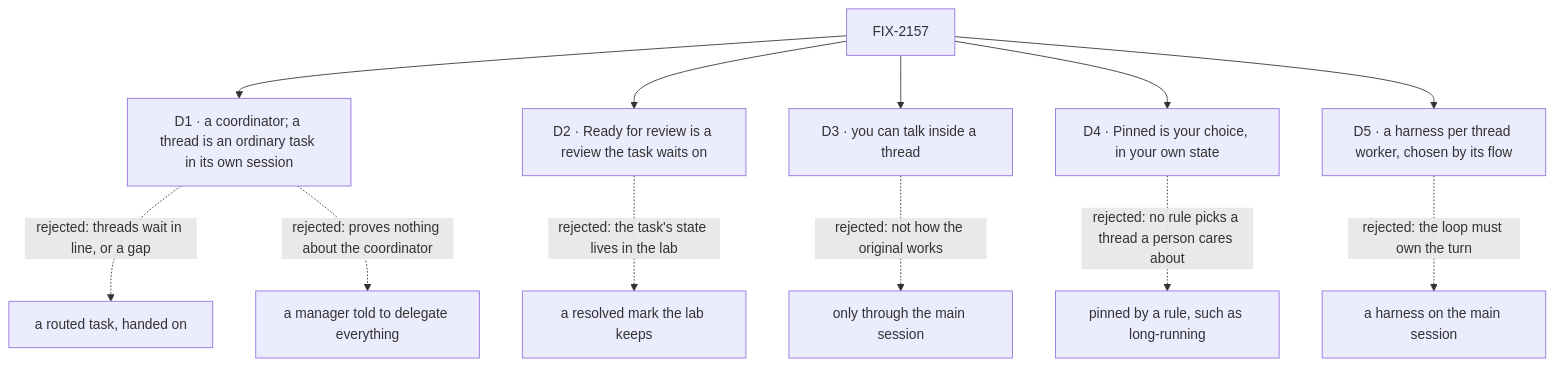
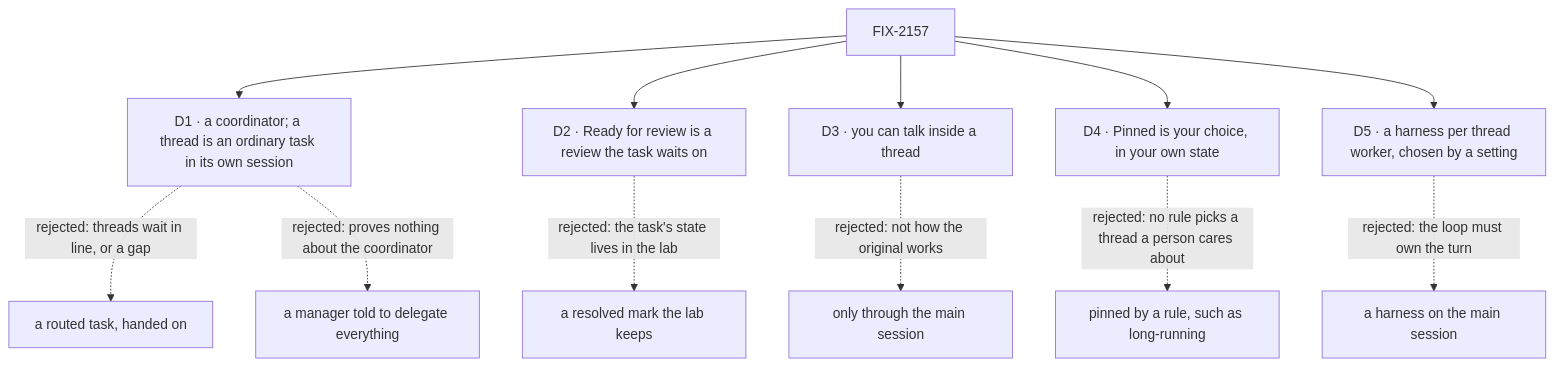
One commit to fixpoint-labs/flow-state-dev changed the diagram in specs/issues/FIX-2157/DECISIONS.md. Above: the diagram before and after it, drawn with Mermaid. The commit also changed other lines of this file and 1 other file, not shown here.

First line of the commit message:
FIX-2157 spec: one harness-thread flow, harness chosen by a worker setting (ER-9)

````diff
--- a/specs/issues/FIX-2157/DECISIONS.md
+++ b/specs/issues/FIX-2157/DECISIONS.md
@@ -13,14 +13,14 @@
 ```mermaid
 flowchart TD
   I["FIX-2157"] --> D1["D1 · a coordinator; a thread is an ordinary task in its own session"]
   D1 -.->|"rejected: threads wait in line, or a gap"| X1a["a routed task, handed on"]
   D1 -.->|"rejected: proves nothing about the coordinator"| X1b["a manager told to delegate everything"]
   I --> D2["D2 · Ready for review is a review the task waits on"]
   D2 -.->|"rejected: the task's state lives in the lab"| X2["a resolved mark the lab keeps"]
   I --> D3["D3 · you can talk inside a thread"]
   D3 -.->|"rejected: not how the original works"| X3["only through the main session"]
   I --> D4["D4 · Pinned is your choice, in your own state"]
   D4 -.->|"rejected: no rule picks a thread a person cares about"| X4["pinned by a rule, such as long-running"]
-  I --> D5["D5 · a harness per thread worker, chosen by its flow"]
+  I --> D5["D5 · a harness per thread worker, chosen by a setting"]
   D5 -.->|"rejected: the loop must own the turn"| X5["a harness on the main session"]
 ```
````
